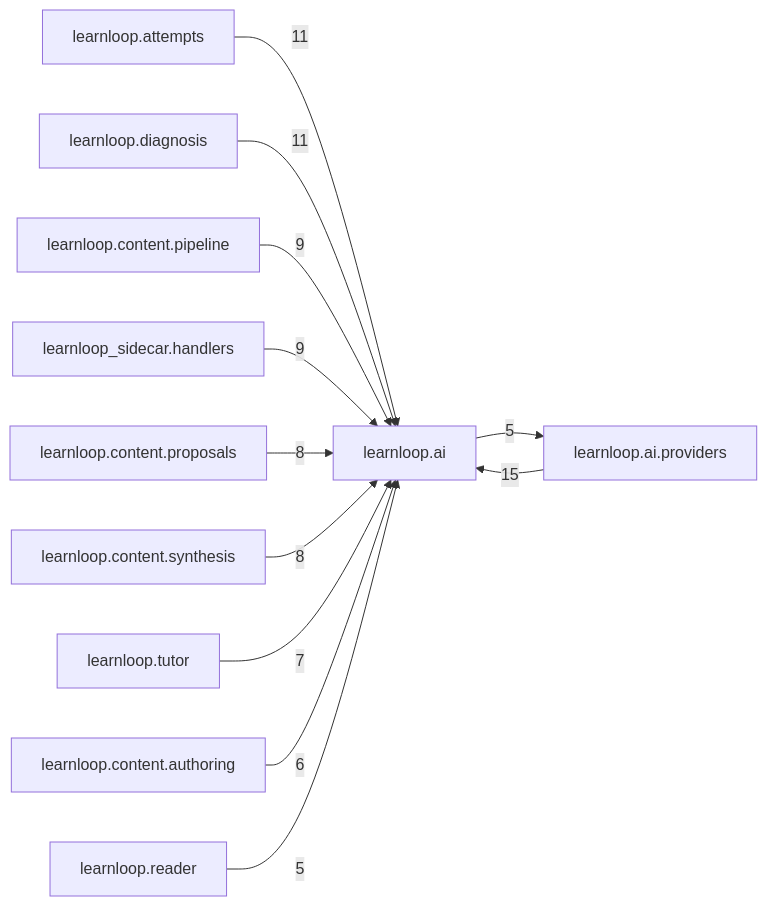
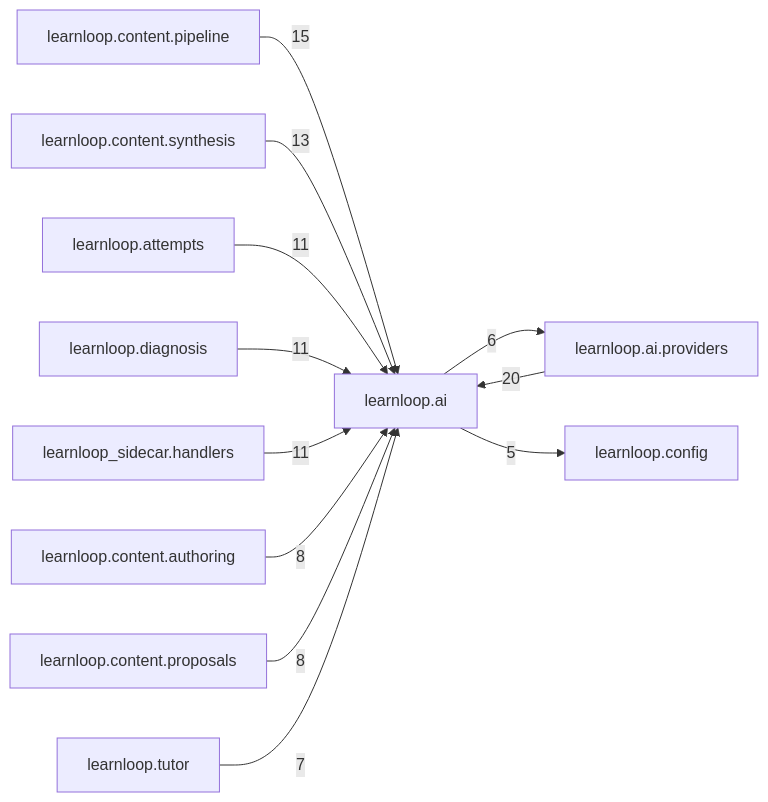
One commit to 6up-b/learnanything changed the diagram in docs/learnloop-architecture-vault/Reference/Modules/learnloop/ai/_package.md. Above: the diagram before and after it, drawn with Mermaid. The commit also changed other lines of this file and 633 other files, not shown here.

````diff
--- a/docs/learnloop-architecture-vault/Reference/Modules/learnloop/ai/_package.md
+++ b/docs/learnloop-architecture-vault/Reference/Modules/learnloop/ai/_package.md
@@ -106,25 +110,25 @@
 ```mermaid
 flowchart LR
     center["learnloop.ai"]
     n_learnloop_ai_providers["learnloop.ai.providers"]
+    n_learnloop_content_pipeline["learnloop.content.pipeline"]
+    n_learnloop_content_synthesis["learnloop.content.synthesis"]
     n_learnloop_attempts["learnloop.attempts"]
     n_learnloop_diagnosis["learnloop.diagnosis"]
-    n_learnloop_content_pipeline["learnloop.content.pipeline"]
     n_learnloop_sidecar_handlers["learnloop_sidecar.handlers"]
+    n_learnloop_content_authoring["learnloop.content.authoring"]
     n_learnloop_content_proposals["learnloop.content.proposals"]
-    n_learnloop_content_synthesis["learnloop.content.synthesis"]
     n_learnloop_tutor["learnloop.tutor"]
-    n_learnloop_content_authoring["learnloop.content.authoring"]
-    n_learnloop_reader["learnloop.reader"]
-    n_learnloop_ai_providers -->|15| center
-    center -->|5| n_learnloop_ai_providers
+    n_learnloop_config["learnloop.config"]
+    n_learnloop_ai_providers -->|20| center
+    center -->|6| n_learnloop_ai_providers
+    n_learnloop_content_pipeline -->|15| center
+    n_learnloop_content_synthesis -->|13| center
     n_learnloop_attempts -->|11| center
     n_learnloop_diagnosis -->|11| center
-    n_learnloop_content_pipeline -->|9| center
-    n_learnloop_sidecar_handlers -->|9| center
+    n_learnloop_sidecar_handlers -->|11| center
+    n_learnloop_content_authoring -->|8| center
     n_learnloop_content_proposals -->|8| center
-    n_learnloop_content_synthesis -->|8| center
     n_learnloop_tutor -->|7| center
-    n_learnloop_content_authoring -->|6| center
-    n_learnloop_reader -->|5| center
+    center -->|5| n_learnloop_config
 ```
````
